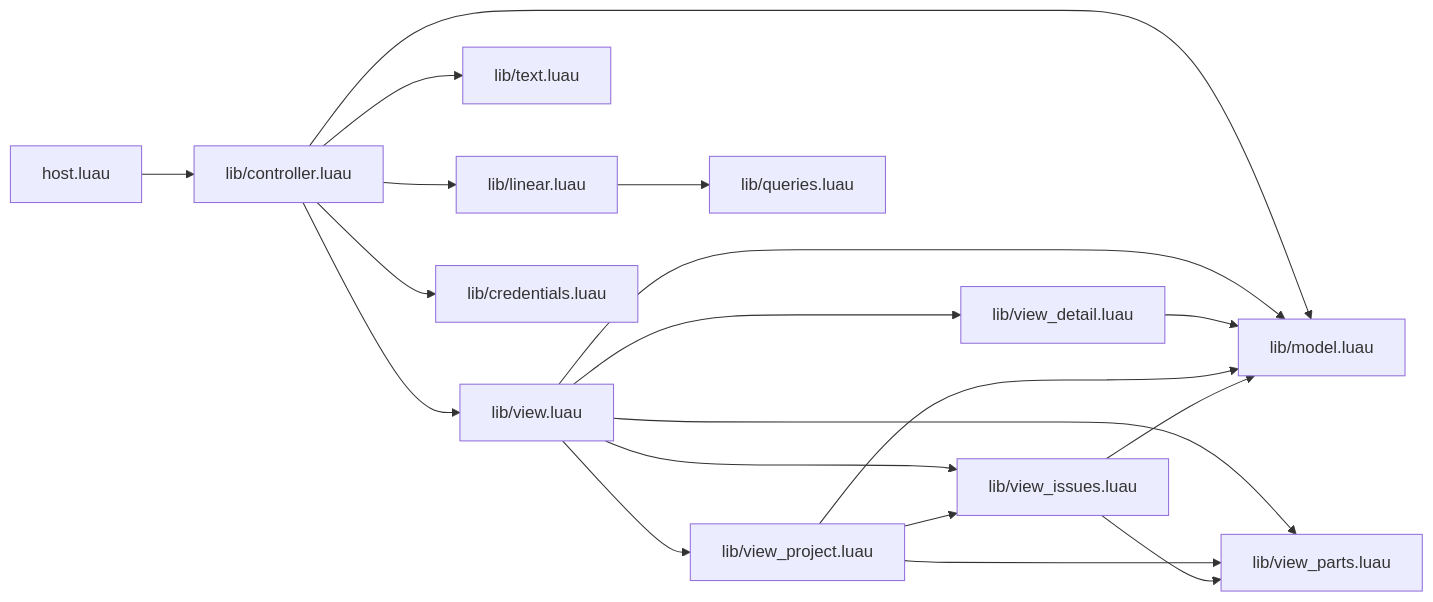
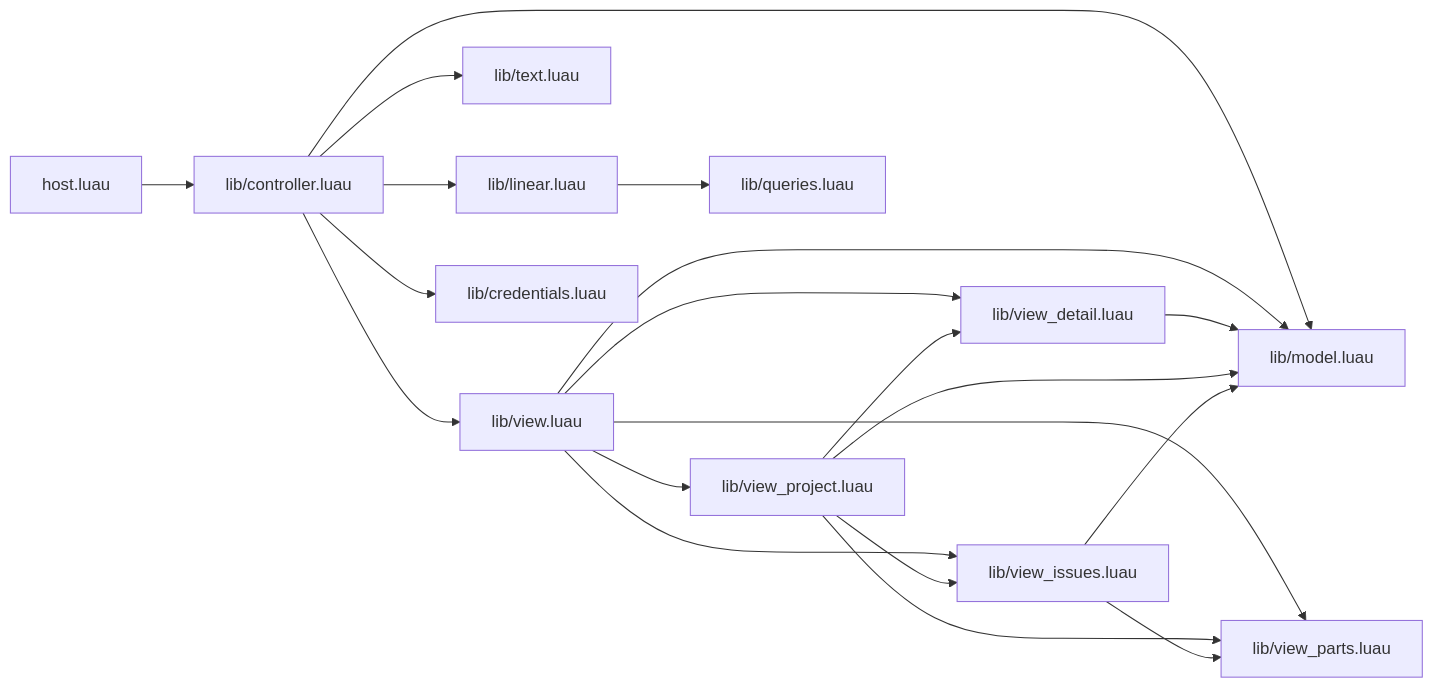
The diagram in docs/ARCHITECTURE.md (ImArtisann/tern-linear), drawn with Mermaid before and after one commit. The commit also changed other lines of this file and 2 other files, not shown here.

Commit message:
docs: project status changes in the README, architecture contract and changelog

````diff
--- a/docs/ARCHITECTURE.md
+++ b/docs/ARCHITECTURE.md
@@ -7,21 +7,22 @@
 ```mermaid
 flowchart LR
   host[host.luau] --> ctl[lib/controller.luau]
   ctl --> view[lib/view.luau]
   view --> detail[lib/view_detail.luau]
   view --> page[lib/view_project.luau]
   view --> issues[lib/view_issues.luau]
   page --> issues
   view --> parts[lib/view_parts.luau]
   page --> parts
+  page --> detail
   issues --> parts
   ctl --> model[lib/model.luau]
   ctl --> text[lib/text.luau]
   ctl --> linear[lib/linear.luau]
   ctl --> cred[lib/credentials.luau]
   linear --> queries[lib/queries.luau]
   view --> model
   detail --> model
   page --> model
   issues --> model
 ```
````
